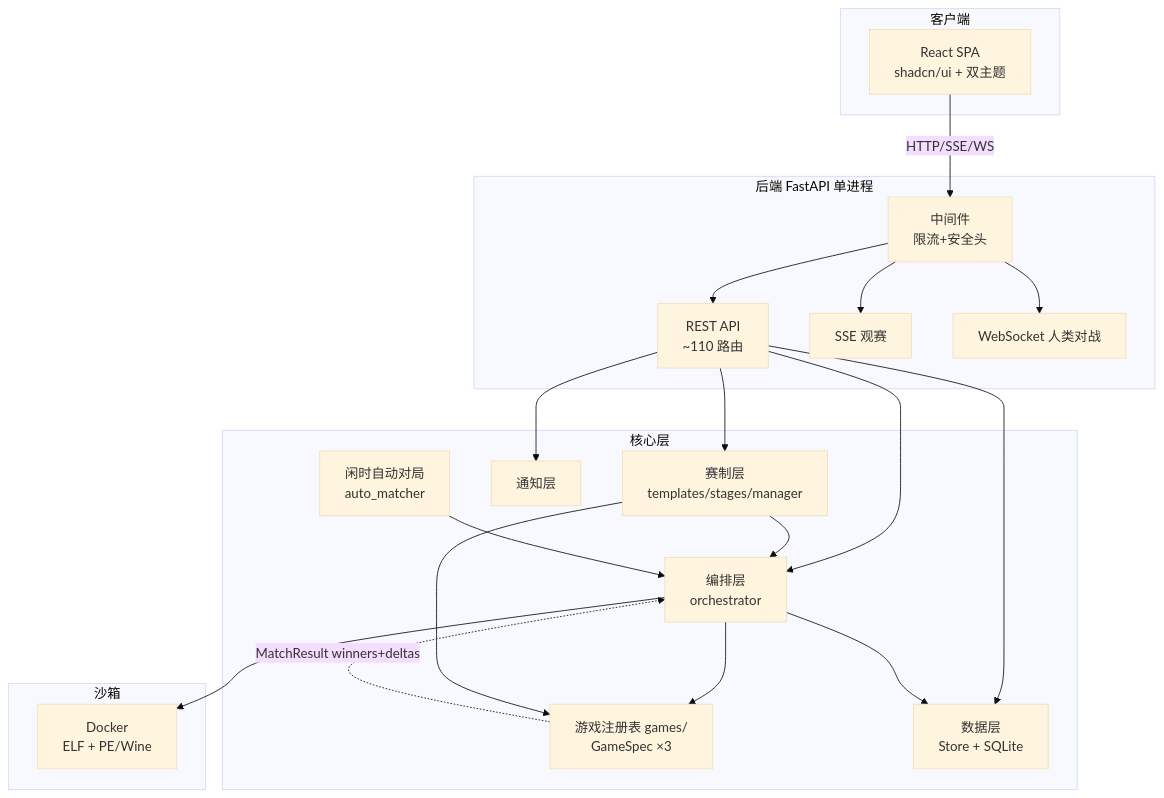
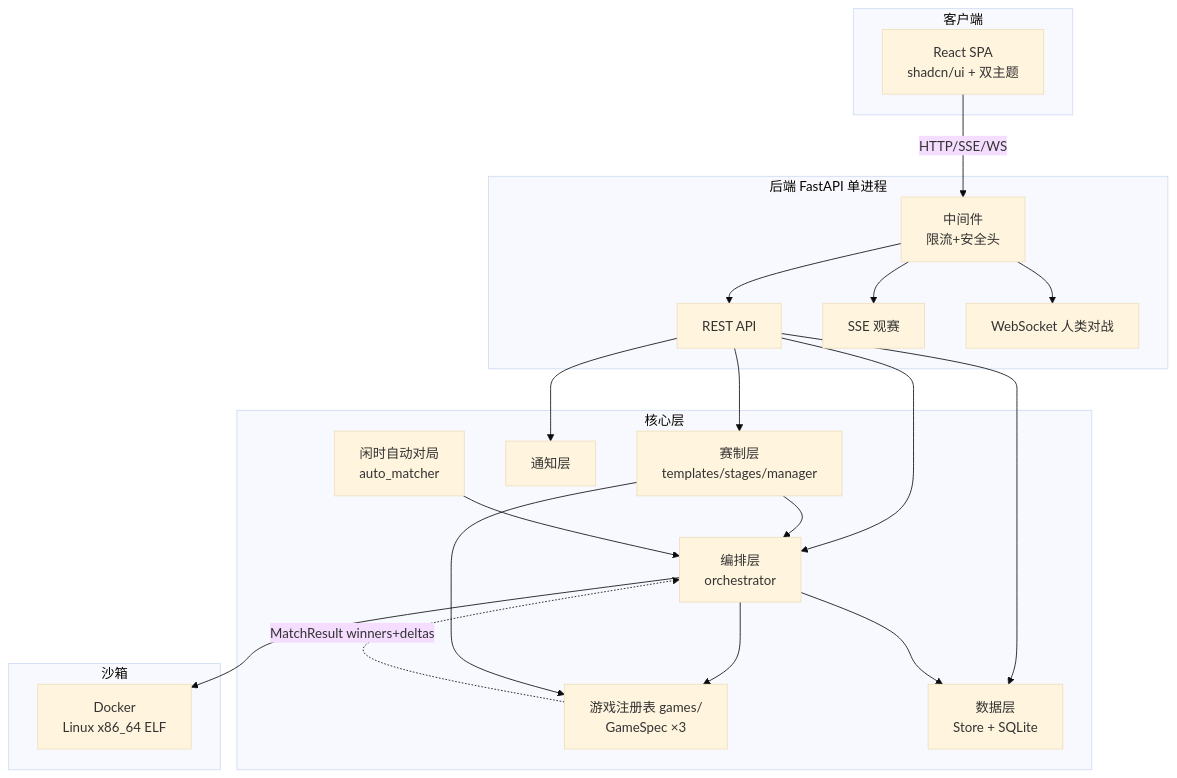
The first of 2 diagrams in doc/DESIGN.md (zhouzixiang1/botbattle), drawn with Mermaid (base theme) before and after one commit. The commit also changed other lines of this file and 280 other files, not shown here.

````diff
--- a/doc/DESIGN.md
+++ b/doc/DESIGN.md
@@ -11,33 +11,33 @@
 ```mermaid
 graph TB
     subgraph 客户端
         FE[React SPA<br/>shadcn/ui + 双主题]
     end
     subgraph 后端 FastAPI 单进程
-        API[REST API<br/>~110 路由]
+        API[REST API]
         SSE[SSE 观赛]
         WS[WebSocket 人类对战]
         MW[中间件<br/>限流+安全头]
     end
     subgraph 核心层
         ORCH[编排层<br/>orchestrator]
         GAMES[游戏注册表 games/<br/>GameSpec ×3]
         CONTEST[赛制层<br/>templates/stages/manager]
         STORE[数据层<br/>Store + SQLite]
         NOTIFY[通知层]
         AUTO[闲时自动对局<br/>auto_matcher]
     end
     subgraph 沙箱
-        DOCKER[Docker<br/>ELF + PE/Wine]
+        DOCKER[Docker<br/>Linux x86_64 ELF]
     end
     FE -->|HTTP/SSE/WS| MW
     MW --> API & SSE & WS
     API --> ORCH & CONTEST & STORE & NOTIFY
     ORCH --> GAMES
     ORCH --> DOCKER
     ORCH --> STORE
     CONTEST --> ORCH
     CONTEST --> GAMES
     AUTO --> ORCH
     GAMES -.->|MatchResult winners+deltas| ORCH
 ```
````
